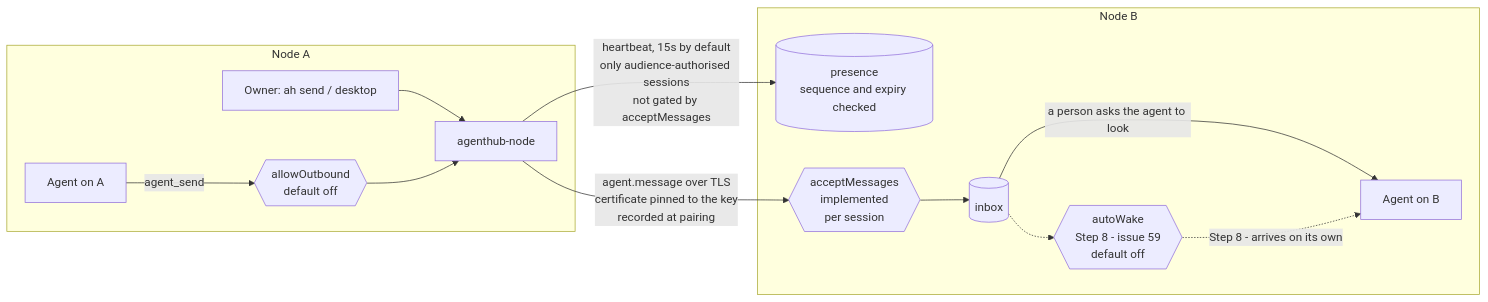
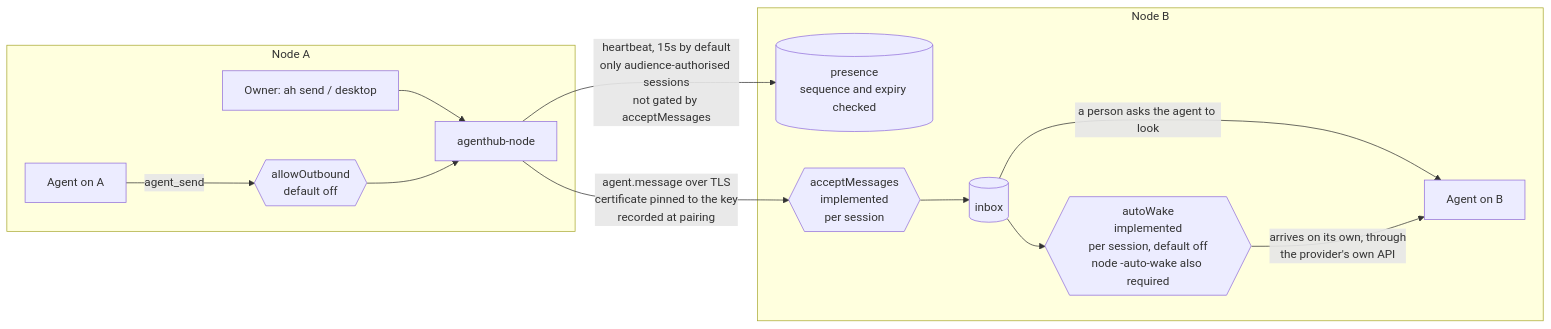
One commit to SheldonChangL/agenthub changed the second of 2 diagrams in docs/architecture.md. Above: the diagram before and after it, drawn with Mermaid. The commit also changed other lines of this file and 8 other files, not shown here.

````diff
--- a/docs/architecture.md
+++ b/docs/architecture.md
@@ -58,27 +58,27 @@
 ```mermaid
 flowchart LR
     subgraph A["Node A"]
         OwnerA["Owner: ah send / desktop"]
         AgentA[Agent on A]
         OutA{{"allowOutbound<br/>default off"}}
         NodeA[agenthub-node]
     end
 
     subgraph B["Node B"]
         PresB[("presence<br/>sequence and expiry checked")]
         InB{{"acceptMessages<br/>implemented<br/>per session"}}
         InboxB[("inbox")]
-        WakeB{{"autoWake<br/>Step 8 - issue 59<br/>default off"}}
+        WakeB{{"autoWake<br/>implemented<br/>per session, default off<br/>node -auto-wake also required"}}
         AgentB[Agent on B]
     end
 
     NodeA -- "heartbeat, 15s by default<br/>only audience-authorised sessions<br/>not gated by acceptMessages" --> PresB
     OwnerA --> NodeA
     AgentA -- "agent_send" --> OutA
     OutA --> NodeA
     NodeA -- "agent.message over TLS<br/>certificate pinned to the key<br/>recorded at pairing" --> InB
     InB --> InboxB
     InboxB -- "a person asks the agent to look" --> AgentB
-    InboxB -.-> WakeB
-    WakeB -. "Step 8 - arrives on its own" .-> AgentB
+    InboxB --> WakeB
+    WakeB -- "arrives on its own, through<br/>the provider's own API" --> AgentB
 ```
````
